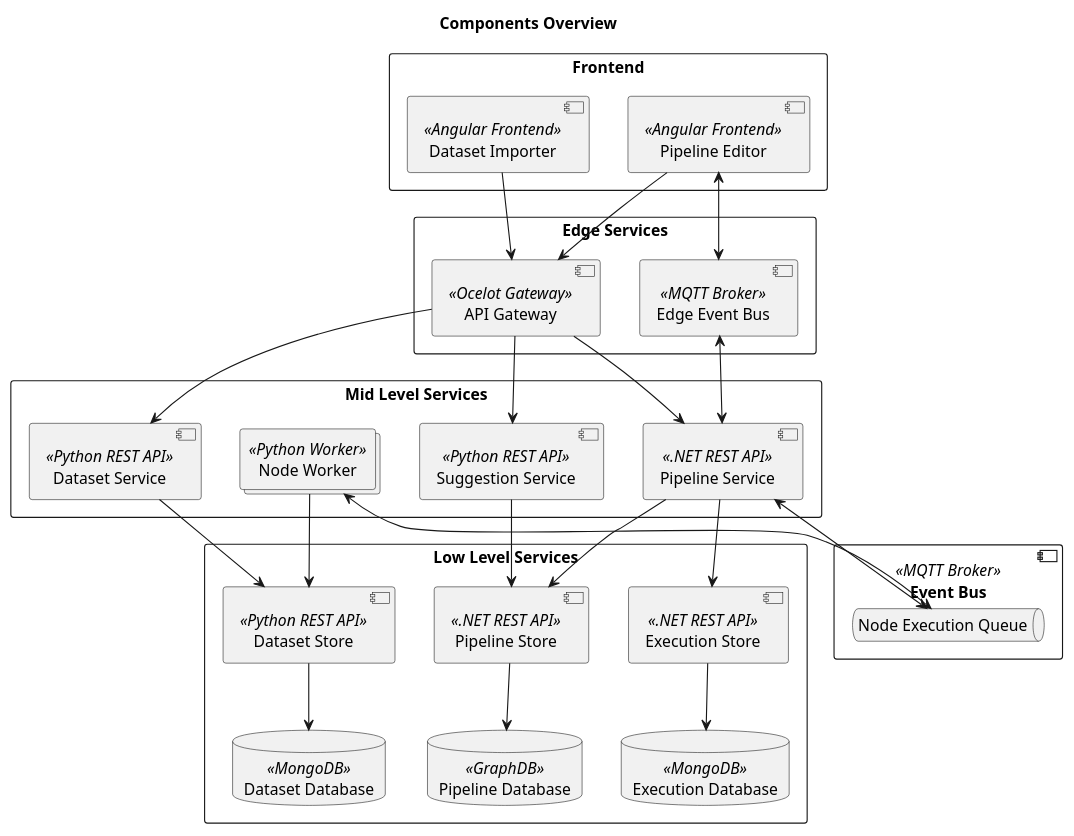
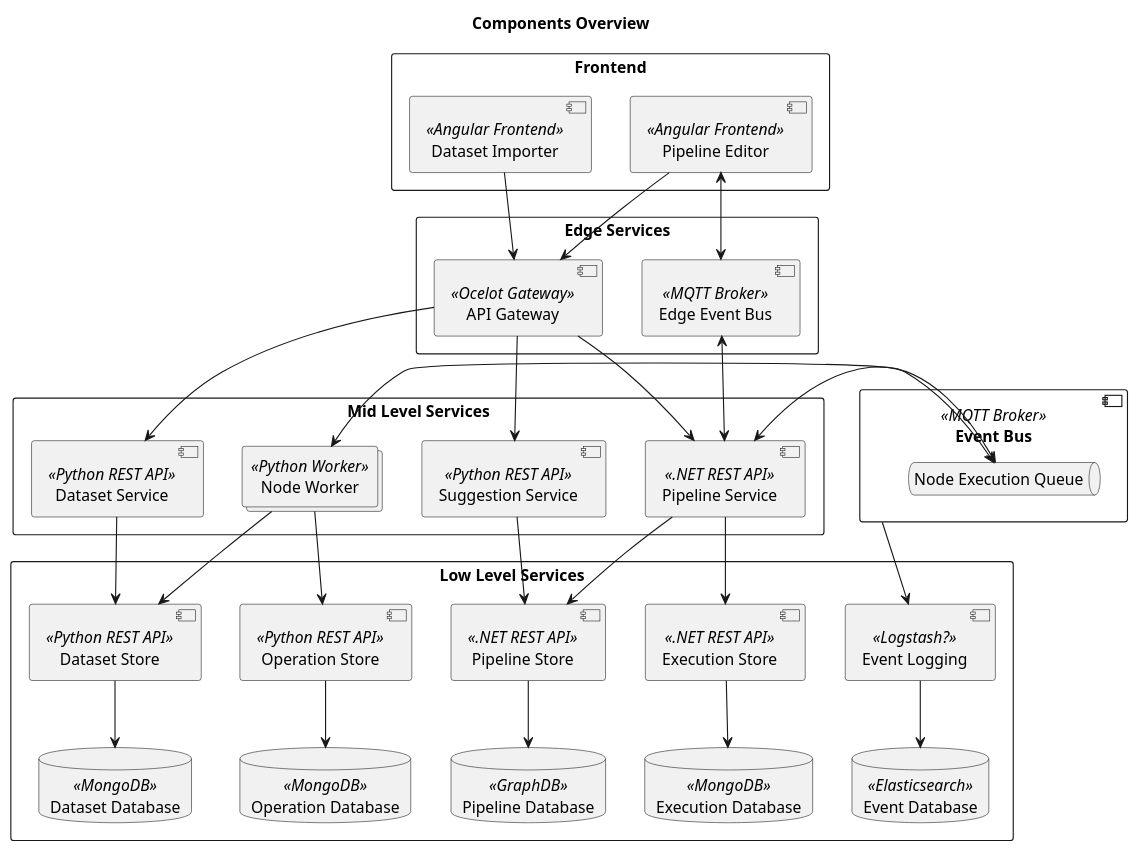
One commit to project-hanse/prototype-a changed the diagram in docs/architecture/overview.puml. Above: the diagram before and after it, drawn with PlantUML. The commit also changed 1 other file, not shown here.

Commit message:
[PH-113] Updated architecture diagram

```diff
--- a/docs/architecture/overview.puml
+++ b/docs/architecture/overview.puml
@@ -1,64 +1,75 @@
 @startuml
 'https://plantuml.com/deployment-diagram
 
 title "Components Overview"
 
 'Definitions'
 
 rectangle "Frontend" {
     component "Pipeline Editor" << Angular Frontend>> as pipeline_editor
     component "Dataset Importer" << Angular Frontend >> as dataset_importer
 }
 
 rectangle "Edge Services" {
     component "API Gateway" << Ocelot Gateway>> as api_gateway
     component "Edge Event Bus" << MQTT Broker >> as message_broker_edge
 }
 
 rectangle "Mid Level Services" {
     component "Pipeline Service" << .NET REST API >> as pipeline_service
     collections  "Node Worker" <<Python Worker>> as worker
     component "Suggestion Service" << Python REST API >> as suggestion_service
     component "Dataset Service" << Python REST API >> as dataset_service
 }
 
 rectangle "Low Level Services" {
     component "Pipeline Store" << .NET REST API >> as pipeline_store
     database "Pipeline Database" << GraphDB >> as pipeline_db
     
     component "Execution Store" << .NET REST API >> as execution_store
     database "Execution Database" << MongoDB >> as execution_db
     
     component "Dataset Store" << Python REST API >> as dataset_store
     database "Dataset Database" << MongoDB >> as dataset_db
+    
+    component "Operation Store" << Python REST API >> as operation_store
+    database "Operation Database" << MongoDB >> as operation_db
+    
+    component "Event Logging" << Logstash? >> as event_logging
+    database "Event Database" << Elasticsearch >> as event_db    
 }
 
 component "Event Bus" << MQTT Broker >> as message_broker {
     queue "Node Execution Queue" as node_execution_queue
 }
 
 'Interaction'
 
 pipeline_editor --> api_gateway
 dataset_importer --> api_gateway
 
 api_gateway --> pipeline_service 
 api_gateway --> suggestion_service
 api_gateway --> dataset_service
 
 pipeline_store --> pipeline_db
 dataset_store --> dataset_db
 execution_store --> execution_db 
+operation_store --> operation_db
+event_logging --> event_db
 
 pipeline_service <--> node_execution_queue
 node_execution_queue <--> worker 
 
+message_broker --> event_logging
+
 worker --> dataset_store 
+worker -->operation_store
 suggestion_service --> pipeline_store
 pipeline_service --> execution_store
 pipeline_service --> pipeline_store
 dataset_service --> dataset_store
 
 pipeline_service <--> message_broker_edge
 pipeline_editor <--> message_broker_edge
 @enduml
```
